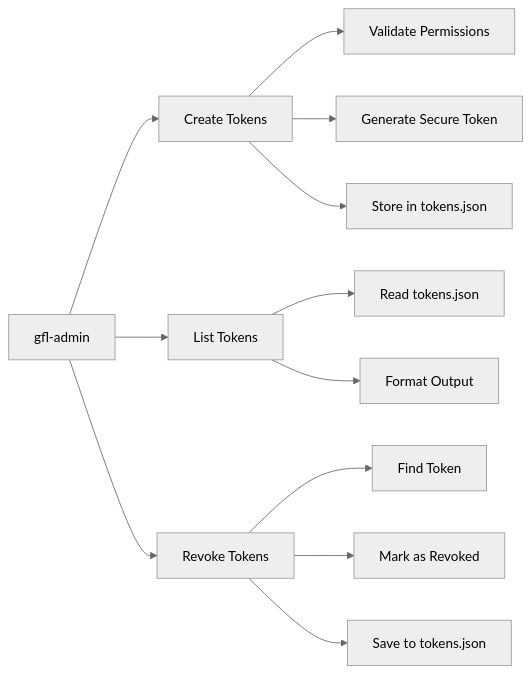
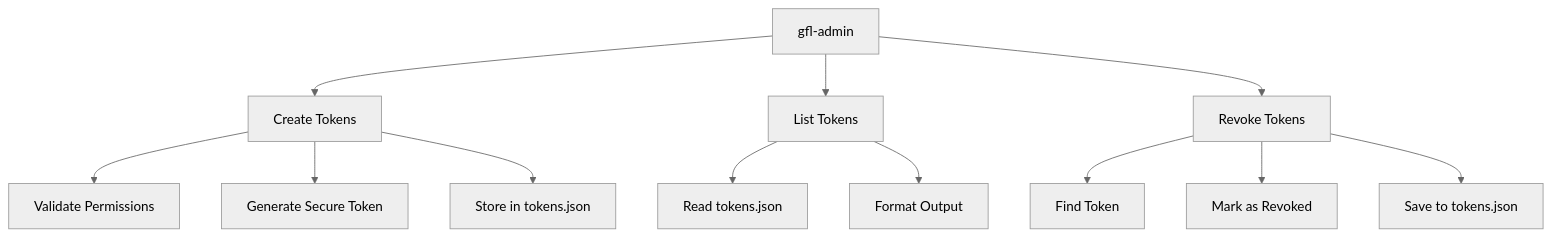
The fifth of 8 diagrams in docs/architecture.md (0xRepo-Source/goflux-lite), drawn with Mermaid (neutral theme) before and after one commit. The commit also changed other lines of this file, not shown here.

First line of the commit message:
Update architecture diagrams to use TD direction

````diff
--- a/docs/architecture.md
+++ b/docs/architecture.md
@@ -138,17 +139,17 @@
 ```mermaid
-flowchart LR
-    Admin[gfl-admin] --> Create[Create Tokens]
-    Admin --> List[List Tokens]
-    Admin --> Revoke[Revoke Tokens]
+flowchart TD
+    Admin["gfl-admin"] --> Create["Create Tokens"]
+    Admin --> List["List Tokens"]
+    Admin --> Revoke["Revoke Tokens"]
     
-    Create --> Validate[Validate Permissions]
-    Create --> Generate[Generate Secure Token]
-    Create --> Store[Store in tokens.json]
+    Create --> Validate["Validate Permissions"]
+    Create --> Generate["Generate Secure Token"]
+    Create --> Store["Store in tokens.json"]
     
-    List --> Read[Read tokens.json]
-    List --> Format[Format Output]
+    List --> Read["Read tokens.json"]
+    List --> Format["Format Output"]
     
-    Revoke --> Find[Find Token]
-    Revoke --> Mark[Mark as Revoked]
-    Revoke --> Save[Save to tokens.json]
+    Revoke --> Find["Find Token"]
+    Revoke --> Mark["Mark as Revoked"]
+    Revoke --> Save["Save to tokens.json"]
 ```
````
